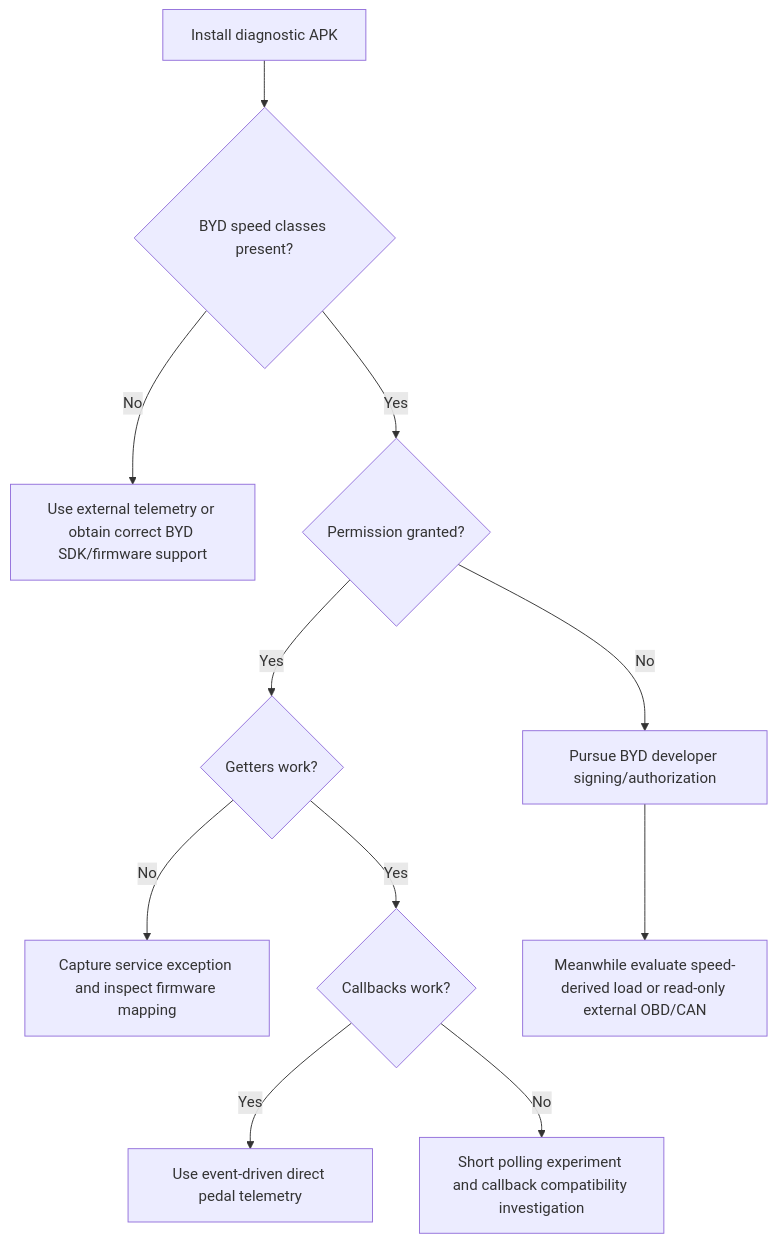
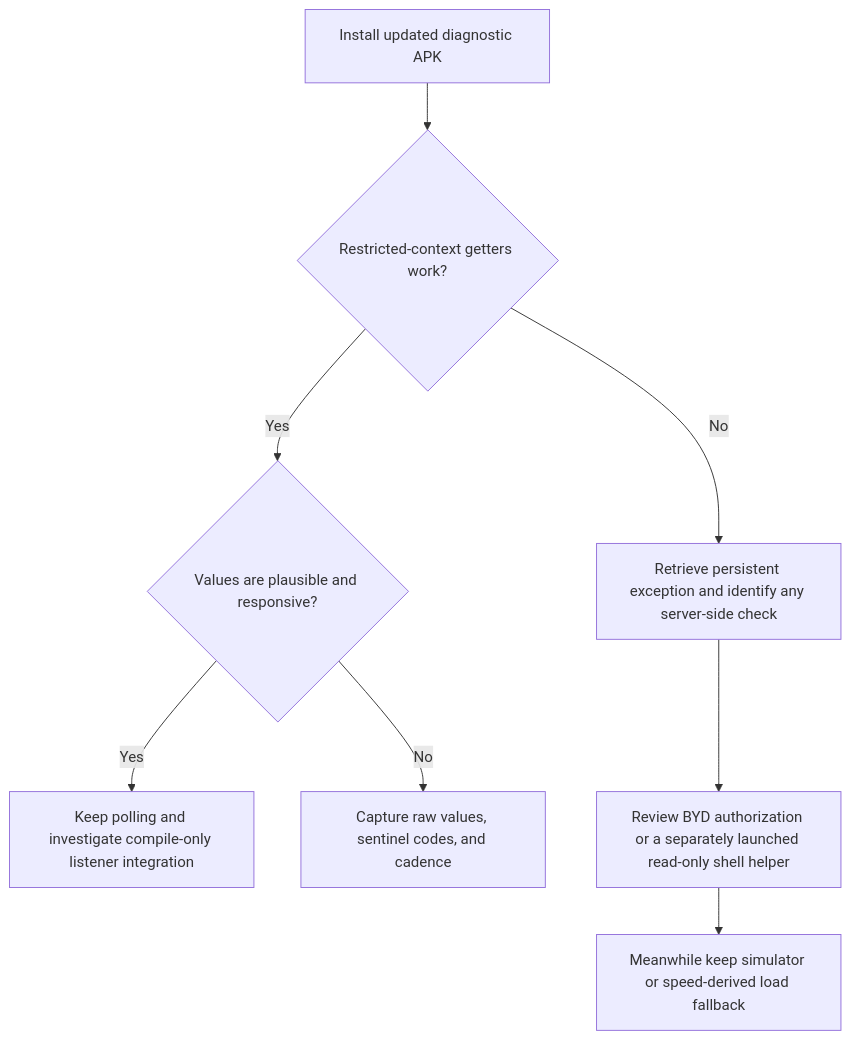
Before and after one commit to gabrielpc4/pedal-controlled-combustion-engine-sounds-simulator-for-byd: the second of 2 diagrams in docs/poc-plan.md, drawn with Mermaid. The commit also changed other lines of this file and 11 other files, not shown here.

Commit message:
fix: enable read-only BYD speed telemetry access

````diff
--- a/docs/poc-plan.md
+++ b/docs/poc-plan.md
@@ -347,13 +347,10 @@
 ```mermaid
 flowchart TD
-    A["Install diagnostic APK"] --> B{"BYD speed classes present?"}
-    B -- No --> C["Use external telemetry or obtain correct BYD SDK/firmware support"]
-    B -- Yes --> D{"Permission granted?"}
-    D -- No --> E["Pursue BYD developer signing/authorization"]
-    D -- Yes --> F{"Getters work?"}
-    F -- No --> G["Capture service exception and inspect firmware mapping"]
-    F -- Yes --> H{"Callbacks work?"}
-    H -- Yes --> I["Use event-driven direct pedal telemetry"]
-    H -- No --> J["Short polling experiment and callback compatibility investigation"]
-    E --> K["Meanwhile evaluate speed-derived load or read-only external OBD/CAN"]
+    A["Install updated diagnostic APK"] --> B{"Restricted-context getters work?"}
+    B -- Yes --> C{"Values are plausible and responsive?"}
+    C -- Yes --> D["Keep polling and investigate compile-only listener integration"]
+    C -- No --> E["Capture raw values, sentinel codes, and cadence"]
+    B -- No --> F["Retrieve persistent exception and identify any server-side check"]
+    F --> G["Review BYD authorization or a separately launched read-only shell helper"]
+    G --> H["Meanwhile keep simulator or speed-derived load fallback"]
 ```
````
